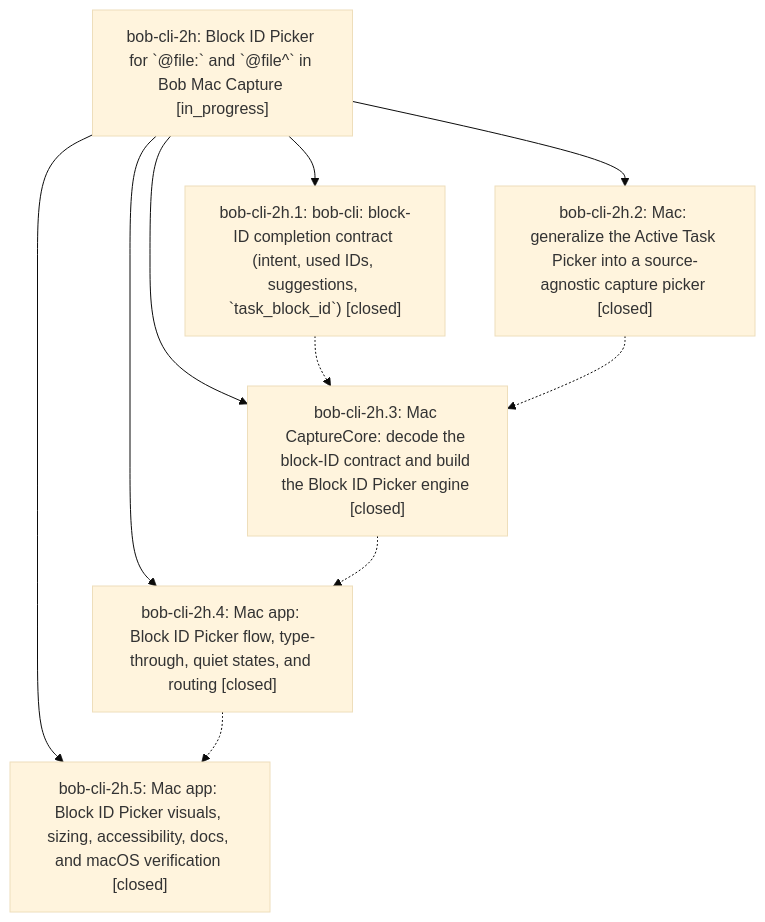
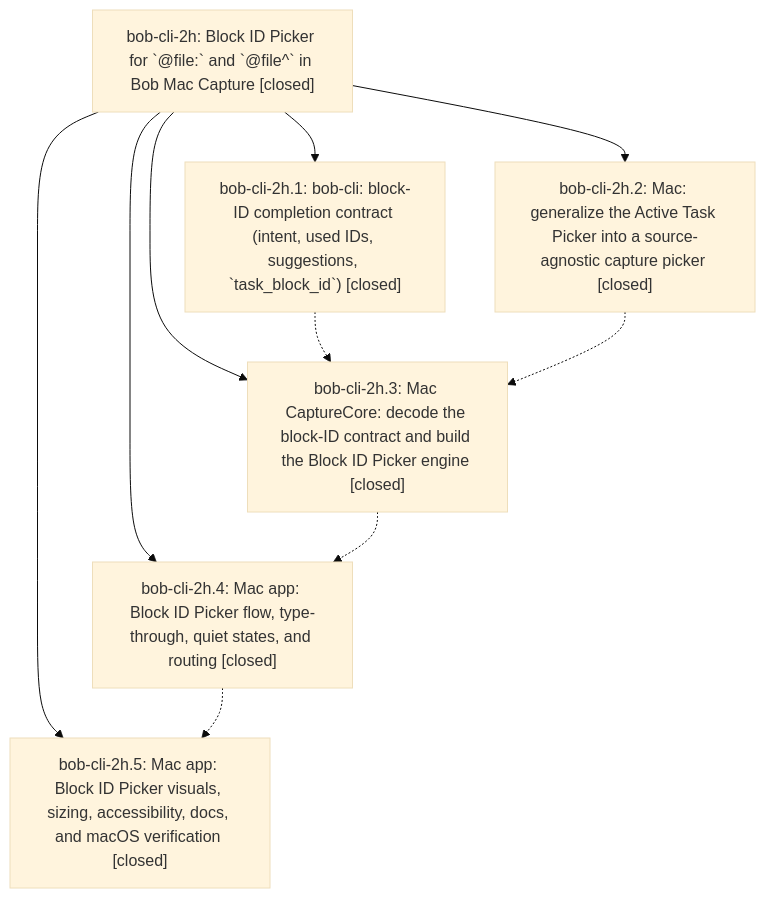
The diagram in pages/bob-cli-2h/README.md (bobs-org/bob-cli--beads), drawn with Mermaid (base theme) before and after one commit. The commit also changed other lines of this file, not shown here.

First line of the commit message:
chore(beads): sync bead state and pages for bob-cli-2h

````diff
--- a/pages/bob-cli-2h/README.md
+++ b/pages/bob-cli-2h/README.md
@@ -30,18 +32,18 @@
 ```mermaid
 flowchart TD
-    n0["bob-cli-2h: Block ID Picker for `@file:` and `@file^` in Bob Mac Capture [in_progress]"]
+    n0["bob-cli-2h: Block ID Picker for `@file:` and `@file^` in Bob Mac Capture [closed]"]
     n1["bob-cli-2h.1: bob-cli: block-ID completion contract (intent, used IDs, suggestions, `task_block_id`) [closed]"]
     n2["bob-cli-2h.2: Mac: generalize the Active Task Picker into a source-agnostic capture picker [closed]"]
     n3["bob-cli-2h.3: Mac CaptureCore: decode the block-ID contract and build the Block ID Picker engine [closed]"]
     n4["bob-cli-2h.4: Mac app: Block ID Picker flow, type-through, quiet states, and routing [closed]"]
     n5["bob-cli-2h.5: Mac app: Block ID Picker visuals, sizing, accessibility, docs, and macOS verification [closed]"]
     n0 --> n1
     n0 --> n2
     n0 --> n3
     n0 --> n4
     n0 --> n5
     n1 -.-> n3
     n2 -.-> n3
     n3 -.-> n4
     n4 -.-> n5
 ```
````
